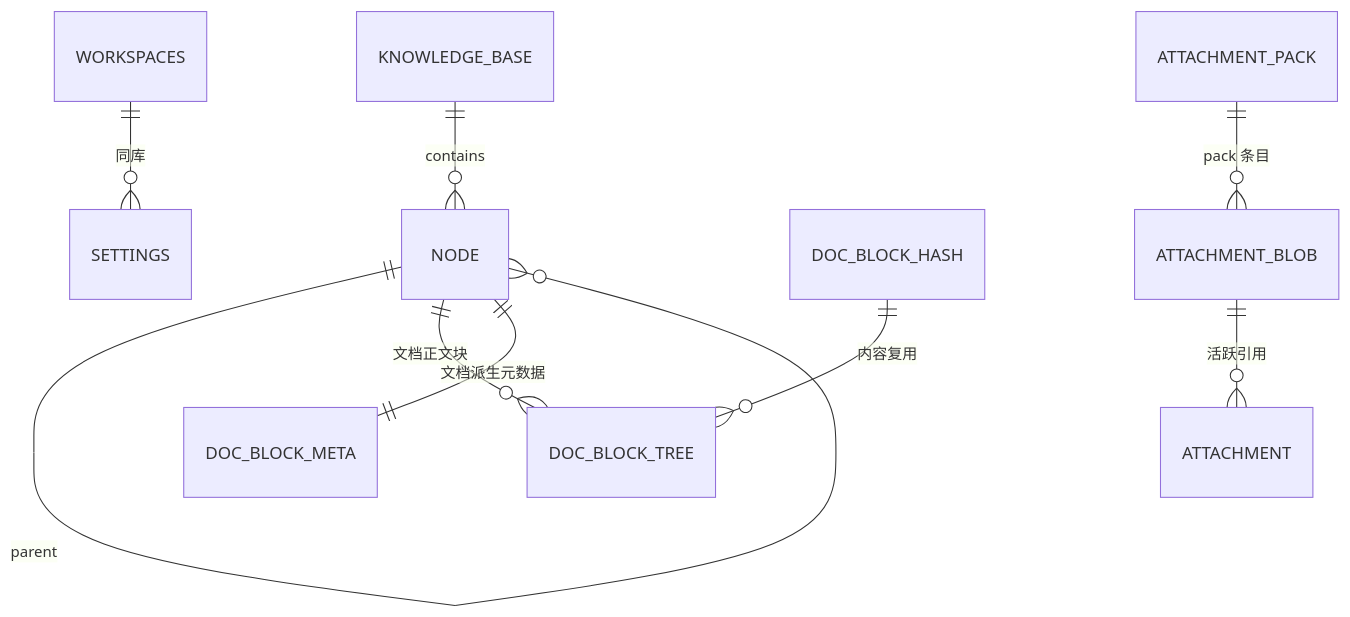
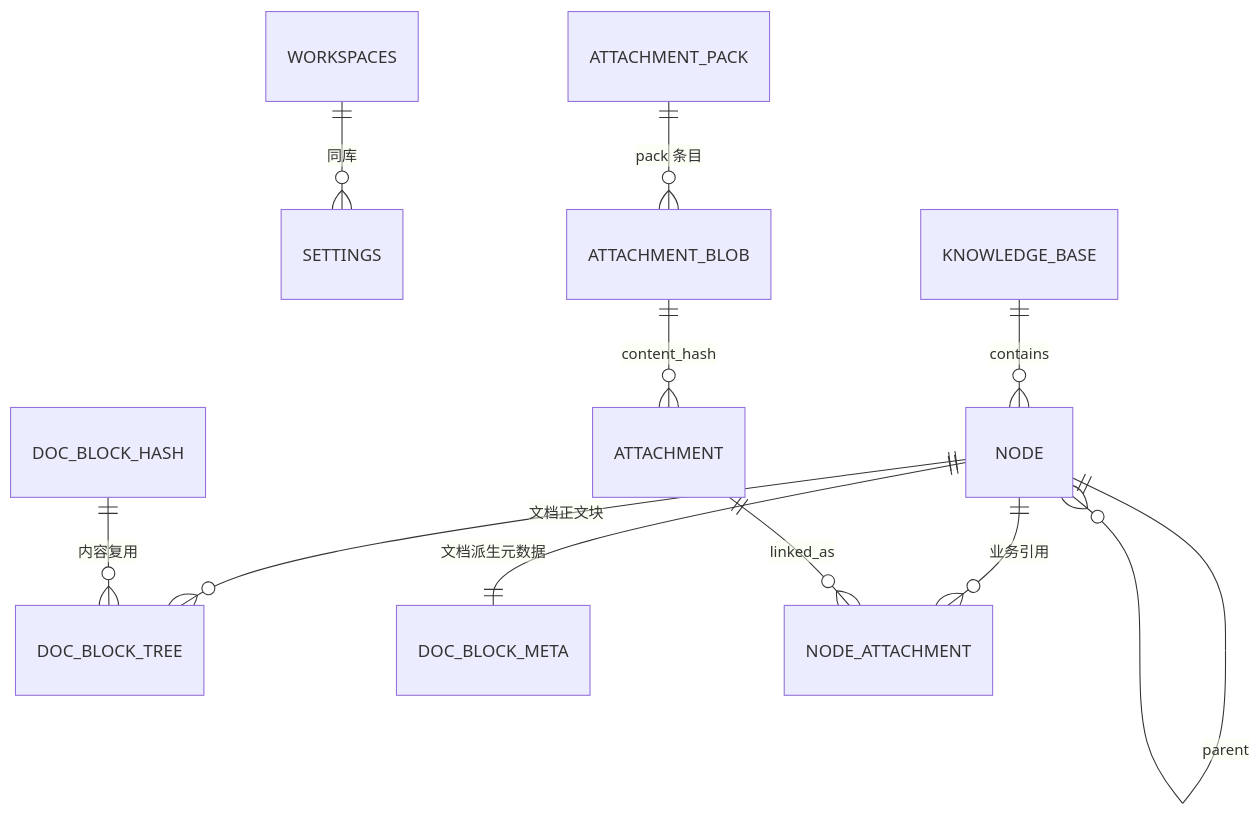
Before and after one commit to jh1397208932/jh-starrs-rust: the diagram in docs/开发/数据库设计与迁移.md, drawn with Mermaid. The commit also changed other lines of this file and 283 other files, not shown here.

````diff
--- a/docs/开发/数据库设计与迁移.md
+++ b/docs/开发/数据库设计与迁移.md
@@ -162,11 +201,13 @@
 ```mermaid
 erDiagram
   WORKSPACES ||--o{ SETTINGS : "同库"
   KNOWLEDGE_BASE ||--o{ NODE : contains
   NODE ||--o{ NODE : parent
   NODE ||--o{ DOC_BLOCK_TREE : "文档正文块"
   NODE ||--|| DOC_BLOCK_META : "文档派生元数据"
   DOC_BLOCK_HASH ||--o{ DOC_BLOCK_TREE : "内容复用"
   ATTACHMENT_PACK ||--o{ ATTACHMENT_BLOB : "pack 条目"
-  ATTACHMENT_BLOB ||--o{ ATTACHMENT : "活跃引用"
+  ATTACHMENT_BLOB ||--o{ ATTACHMENT : "content_hash"
+  NODE ||--o{ NODE_ATTACHMENT : "业务引用"
+  ATTACHMENT ||--o{ NODE_ATTACHMENT : "linked_as"
 ```
````
